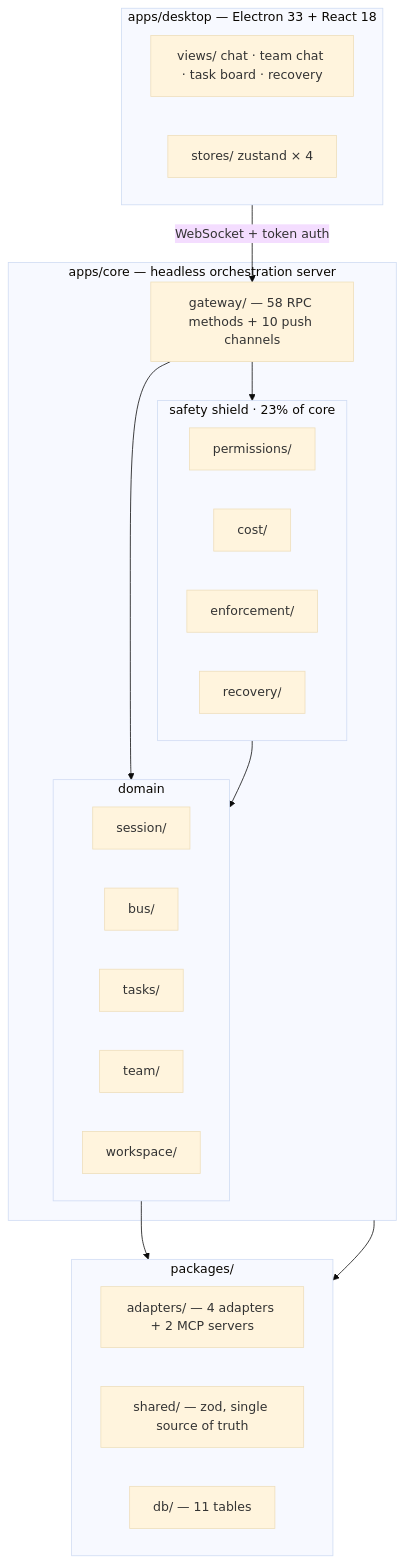
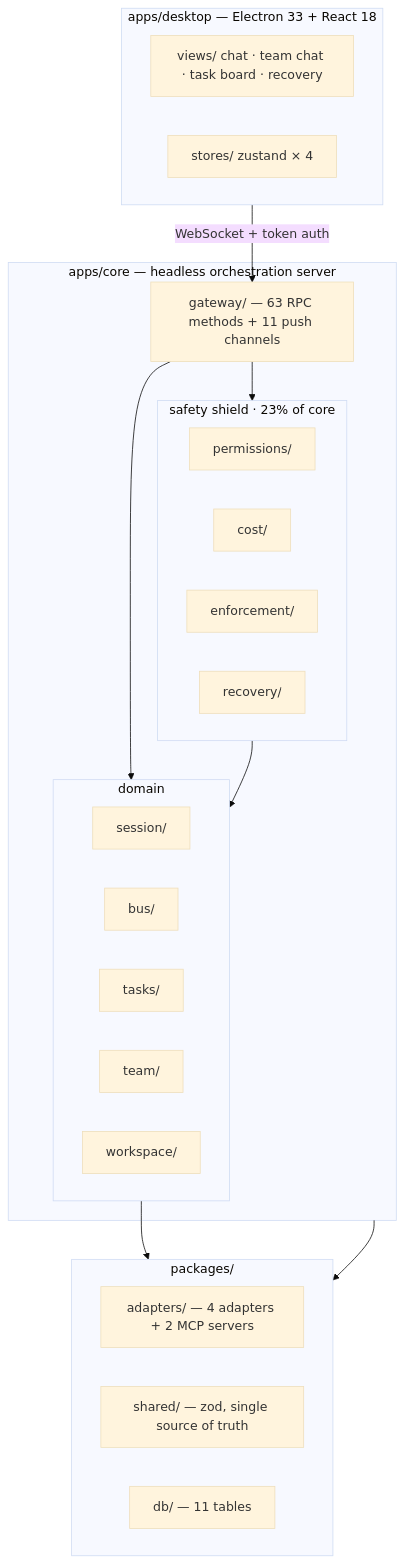
The second of 3 diagrams in README.md (xing-101729/deskmony), drawn with Mermaid (base theme) before and after one commit. The commit also changed other lines of this file and 3 other files, not shown here.

First line of the commit message:
Add a capability-oriented FEATURES.md, refresh remote-capability claims in README/ARCHITECTURE

````diff
--- a/README.md
+++ b/README.md
@@ -105,41 +108,41 @@
 ```mermaid
 flowchart TB
     subgraph SHELL["apps/desktop — Electron 33 + React 18"]
         direction LR
         Views["views/ chat · team chat · task board · recovery"]
         Stores["stores/ zustand × 4"]
     end
 
     subgraph CORE["apps/core — headless orchestration server"]
-        GW["gateway/ — 58 RPC methods + 10 push channels"]
+        GW["gateway/ — 63 RPC methods + 11 push channels"]
         subgraph DOMAIN["domain"]
             direction LR
             Sess["session/"]
             Bus["bus/"]
             Task["tasks/"]
             Team["team/"]
             Work["workspace/"]
         end
         subgraph SHIELD["safety shield · 23% of core"]
             direction LR
             Perm["permissions/"]
             Cost["cost/"]
             Enf["enforcement/"]
             Rec["recovery/"]
         end
     end
 
     subgraph PKG["packages/"]
         direction LR
         Adapters["adapters/ — 4 adapters + 2 MCP servers"]
         Shared["shared/ — zod, single source of truth"]
         Db["db/ — 11 tables"]
     end
 
     SHELL -- "WebSocket + token auth" --> GW
     GW --> DOMAIN
     GW --> SHIELD
     SHIELD --> DOMAIN
     DOMAIN --> Adapters
     CORE --> Db
 ```
````
